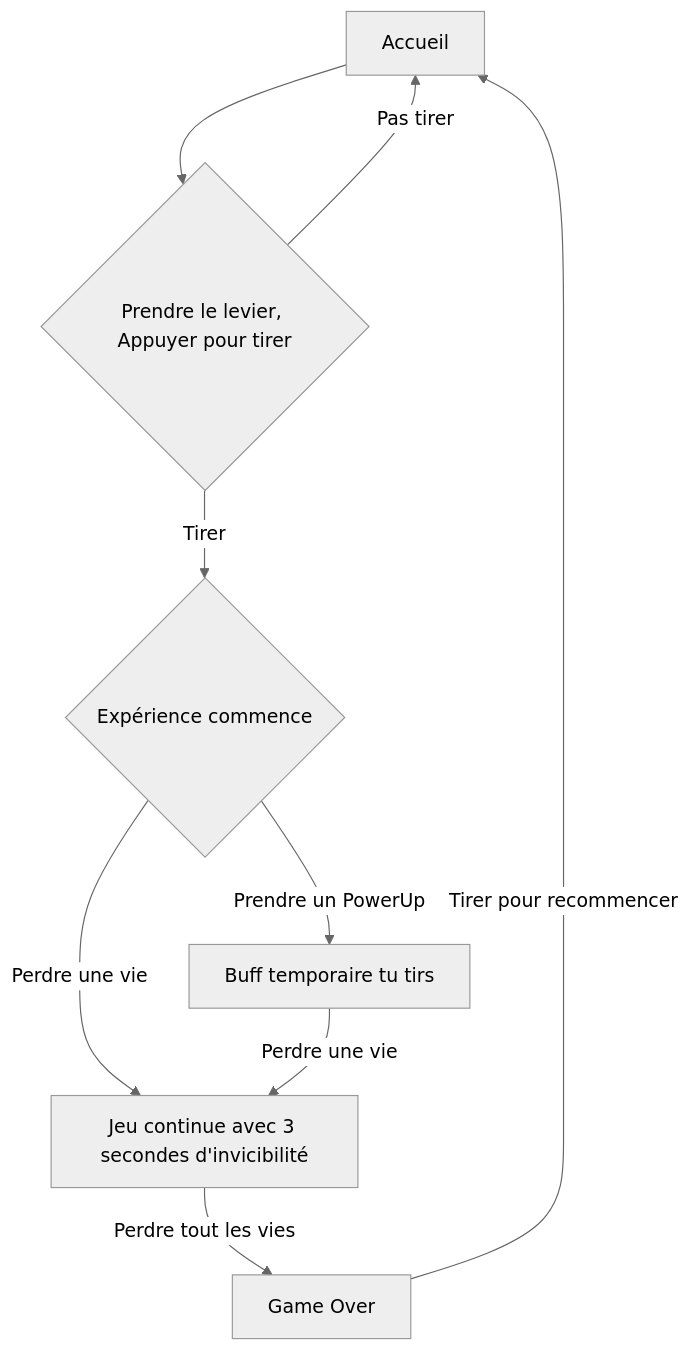
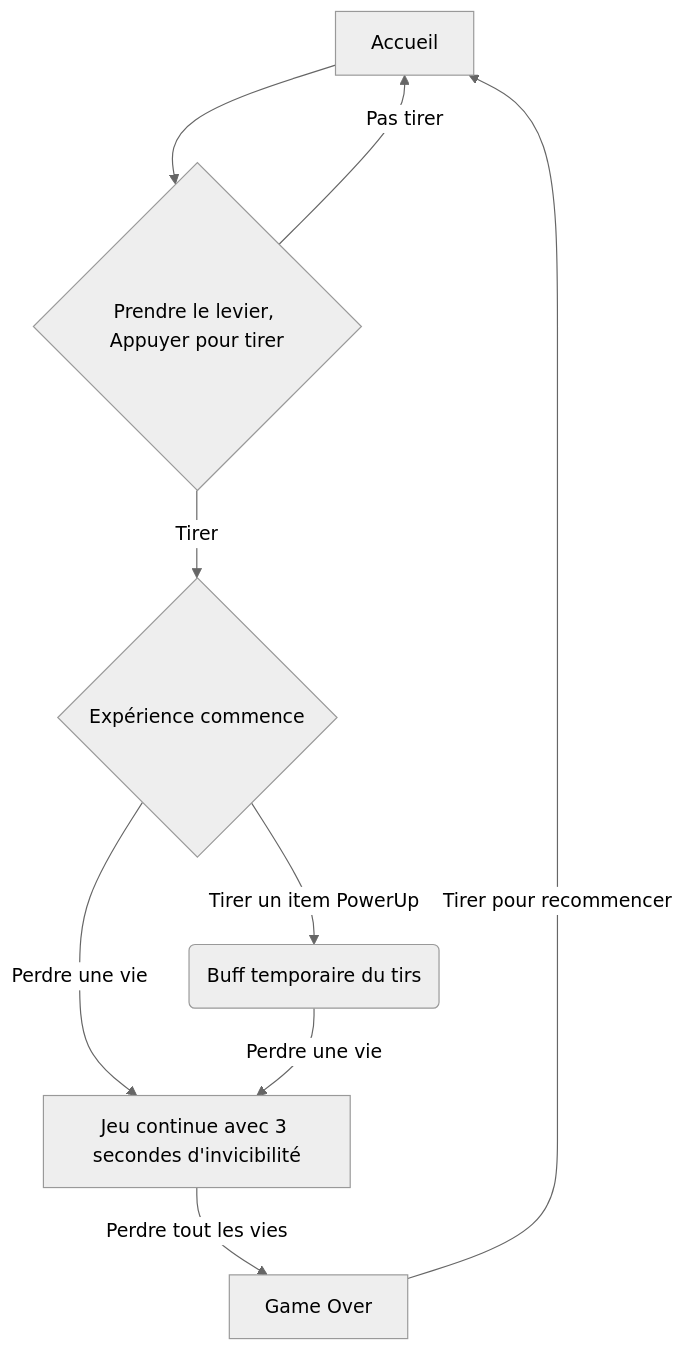
The diagram in mermaid/README.md (IsaacFaf/Fafard_Isaac_scenarisation), drawn with Mermaid (neutral theme) before and after one commit. The commit also changed other lines of this file, not shown here.

````diff
--- a/mermaid/README.md
+++ b/mermaid/README.md
@@ -4,25 +10,25 @@
 ```mermaid
 graph TD;
     A[Accueil] --> B{Prendre le levier, Appuyer pour tirer};
 
     B -->|Tirer| C;
     B -->|Pas tirer| A;
 
     C{Expérience commence};
 
     C -->|Perdre une vie| E;
-    C -->|Prendre un PowerUp| F[Buff temporaire tu tirs];
+    C -->|Tirer un item PowerUp| F(Buff temporaire du tirs);
 
     F -->|Perdre une vie| E;
     E[Jeu continue avec 3 secondes d'invicibilité];
 
     E -->|Perdre tout les vies| H;
     
 
     H[Game Over];
     H-->|Tirer pour recommencer| A;
 
     
 
     
 ```
````
